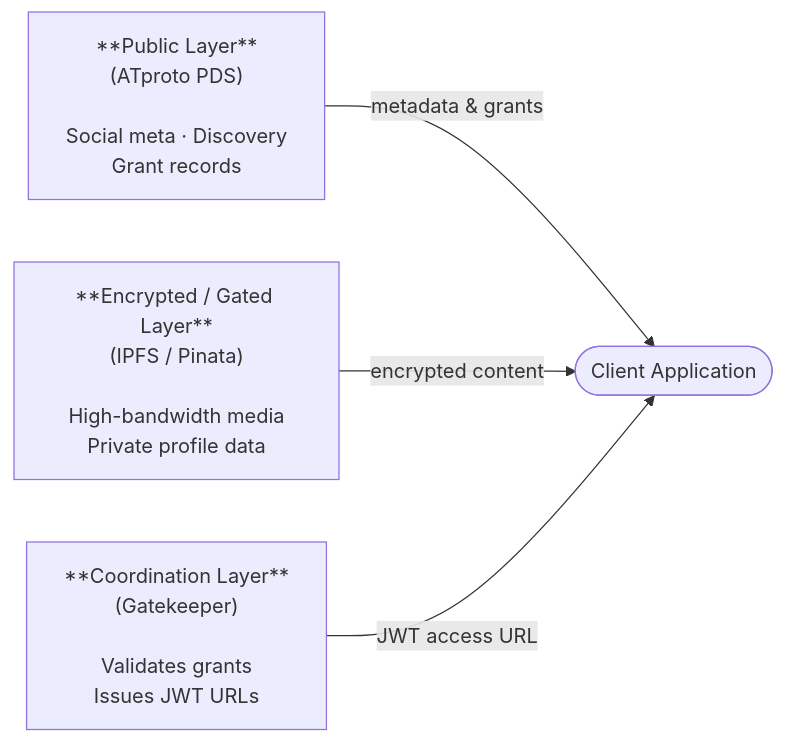
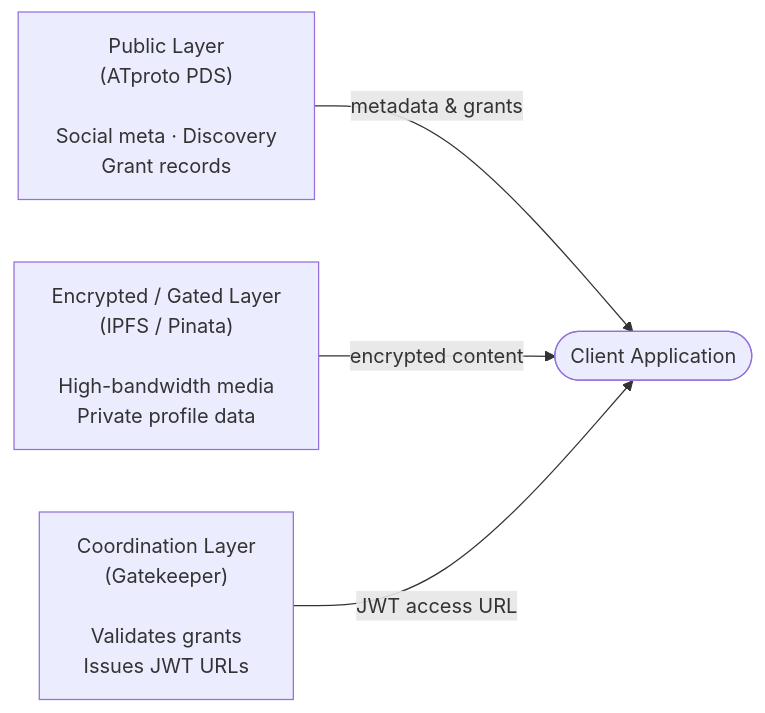
Before and after one commit to straiforos/Traiforce-Lexicon: the diagram in docs/architecture/README.md, drawn with Mermaid. The commit also changed 4 other files, not shown here.

Commit message:
Fix mermaid diagram rendering: replace \n with <br/>, unicode dashes with ---, remove markdown bold

````diff
--- a/docs/architecture/README.md
+++ b/docs/architecture/README.md
@@ -17,11 +17,11 @@
 ```mermaid
 graph LR
-    PL["**Public Layer**\n(ATproto PDS)\n\nSocial meta · Discovery\nGrant records"]
-    EL["**Encrypted / Gated Layer**\n(IPFS / Pinata)\n\nHigh-bandwidth media\nPrivate profile data"]
-    CL["**Coordination Layer**\n(Gatekeeper)\n\nValidates grants\nIssues JWT URLs"]
+    PL["Public Layer<br/>(ATproto PDS)<br/><br/>Social meta · Discovery<br/>Grant records"]
+    EL["Encrypted / Gated Layer<br/>(IPFS / Pinata)<br/><br/>High-bandwidth media<br/>Private profile data"]
+    CL["Coordination Layer<br/>(Gatekeeper)<br/><br/>Validates grants<br/>Issues JWT URLs"]
     Client(["Client Application"])
 
     PL -->|"metadata & grants"| Client
     EL -->|"encrypted content"| Client
     CL -->|"JWT access URL"| Client
 ```
````
